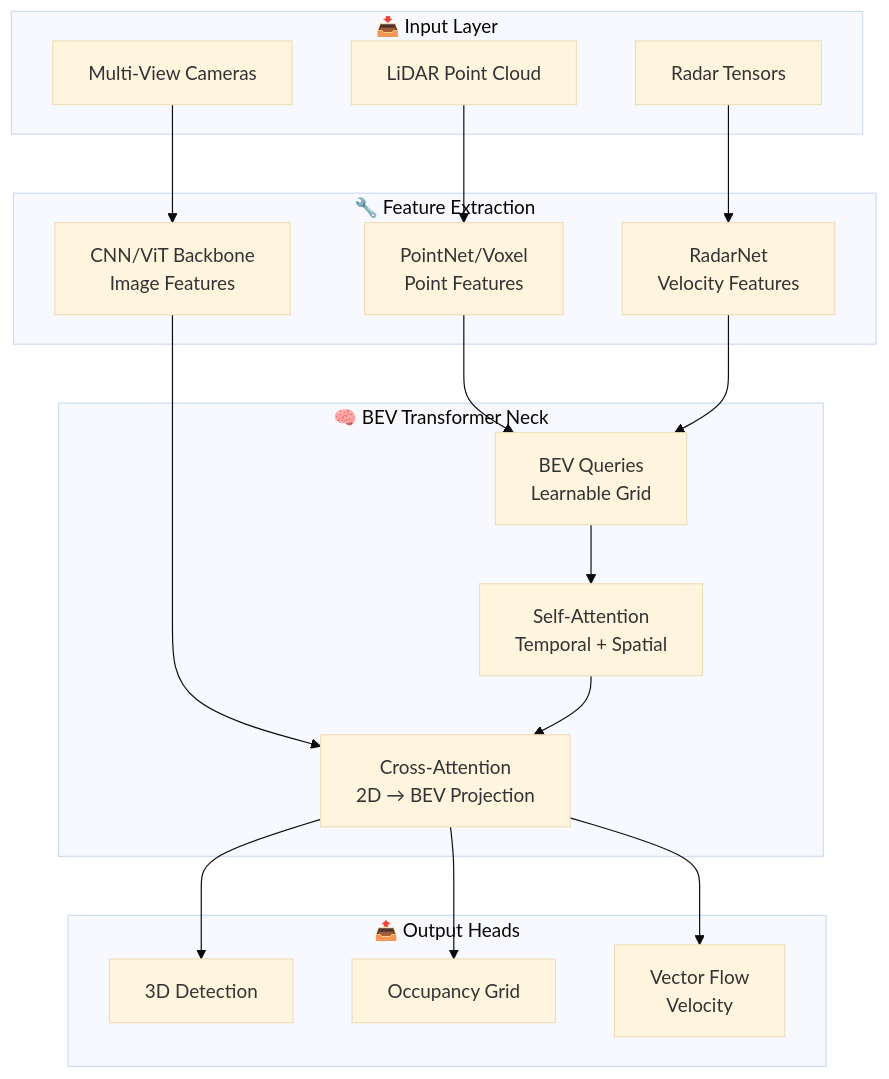
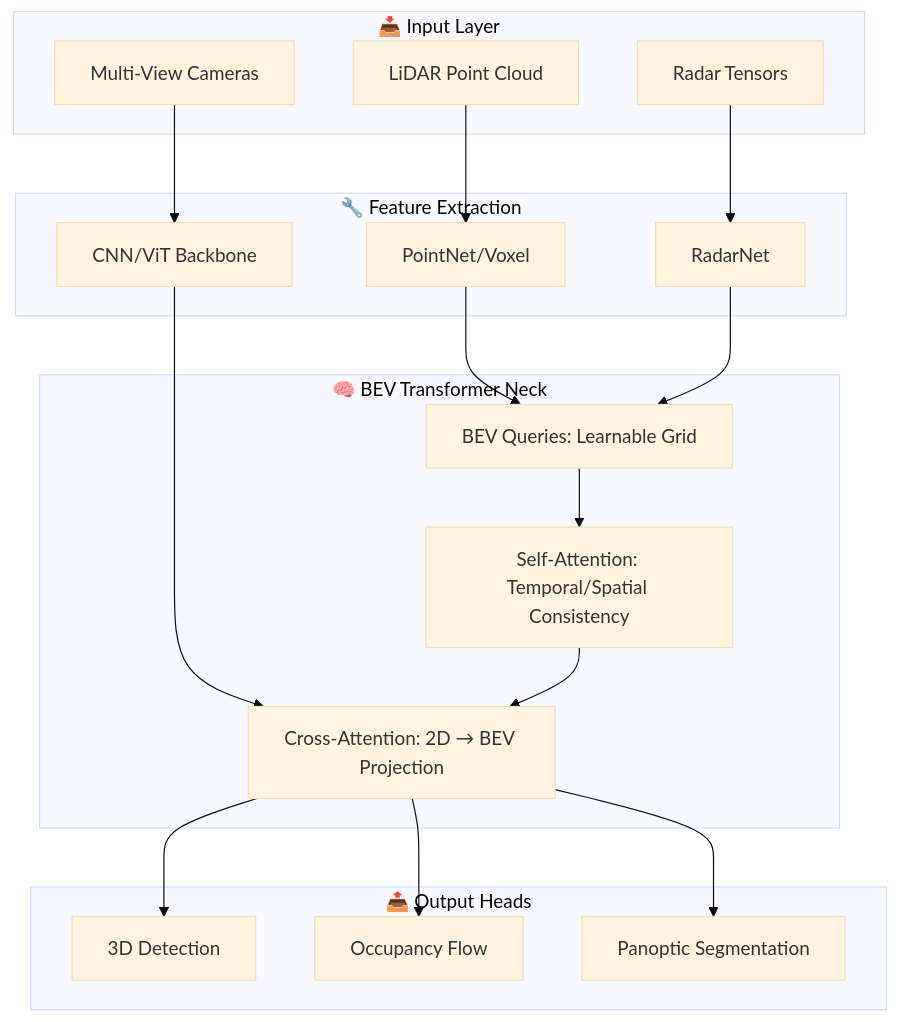
Before and after one commit to gopikrishtummala/gopikrishtummala.github.io: the diagram in src/data/blog/robotics/autonomous-stack-module-6-perception.md, drawn with Mermaid (base theme). The commit also changed other lines of this file and 2 other files, not shown here.

````diff
--- a/src/data/blog/robotics/autonomous-stack-module-6-perception.md
+++ b/src/data/blog/robotics/autonomous-stack-module-6-perception.md
@@ -140,41 +102,38 @@
 ```mermaid
 graph TD
     subgraph Input["📥 Input Layer"]
         CAM[Multi-View Cameras]
         LID[LiDAR Point Cloud]
         RAD[Radar Tensors]
     end
 
     subgraph Encoders["🔧 Feature Extraction"]
-        C_ENC[CNN/ViT Backbone<br/>Image Features]
-        L_ENC[PointNet/Voxel<br/>Point Features]
-        R_ENC[RadarNet<br/>Velocity Features]
+        C_ENC[CNN/ViT Backbone]
+        L_ENC[PointNet/Voxel]
+        R_ENC[RadarNet]
     end
 
     subgraph BEV["🧠 BEV Transformer Neck"]
-        QUERIES[BEV Queries<br/>Learnable Grid]
-        SELF[Self-Attention<br/>Temporal + Spatial]
-        CROSS[Cross-Attention<br/>2D → BEV Projection]
+        QUERIES[BEV Queries: Learnable Grid]
+        SELF[Self-Attention: Temporal/Spatial Consistency]
+        CROSS[Cross-Attention: 2D → BEV Projection]
     end
 
     subgraph Heads["📤 Output Heads"]
         DET[3D Detection]
-        OCC[Occupancy Grid]
-        FLOW[Vector Flow<br/>Velocity]
+        OCC[Occupancy Flow]
+        SEG[Panoptic Segmentation]
     end
 
     CAM --> C_ENC
     LID --> L_ENC
     RAD --> R_ENC
 
     C_ENC --> CROSS
     L_ENC --> QUERIES
     R_ENC --> QUERIES
 
     QUERIES --> SELF
     SELF --> CROSS
-
-    CROSS --> DET
-    CROSS --> OCC
-    CROSS --> FLOW
+    CROSS --> DET & OCC & SEG
 ```
````
